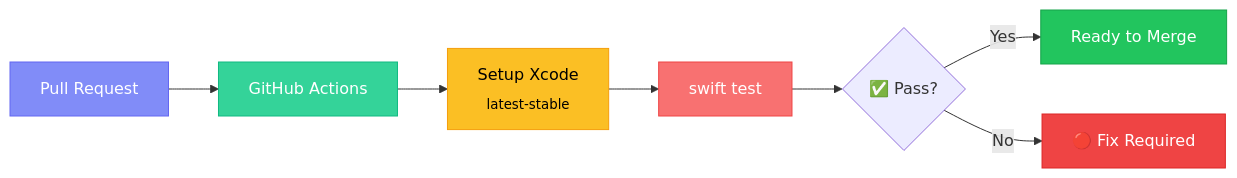
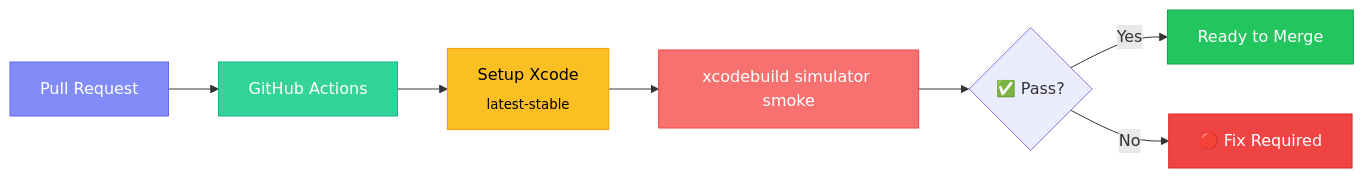
Before and after one commit to isha93/senpaijepang: the eighth of 9 diagrams in apps/mobile-ios/README.md, drawn with Mermaid. The commit also changed other lines of this file and 12 other files, not shown here.

````diff
--- a/apps/mobile-ios/README.md
+++ b/apps/mobile-ios/README.md
@@ -404,16 +415,16 @@
 ```mermaid
 graph LR
     PR["Pull Request"] --> CI["GitHub Actions"]
     CI --> XCODE["Setup Xcode<br/><sub>latest-stable</sub>"]
-    XCODE --> TEST["swift test"]
+    XCODE --> TEST["xcodebuild simulator smoke"]
     TEST --> PASS{"✅ Pass?"}
     PASS -->|Yes| MERGE["Ready to Merge"]
     PASS -->|No| FIX["🔴 Fix Required"]
 
     style PR fill:#818cf8,stroke:#6366f1,color:#fff
     style CI fill:#34d399,stroke:#10b981,color:#fff
     style XCODE fill:#fbbf24,stroke:#f59e0b,color:#000
     style TEST fill:#f87171,stroke:#ef4444,color:#fff
     style MERGE fill:#22c55e,stroke:#16a34a,color:#fff
     style FIX fill:#ef4444,stroke:#dc2626,color:#fff
 ```
````
